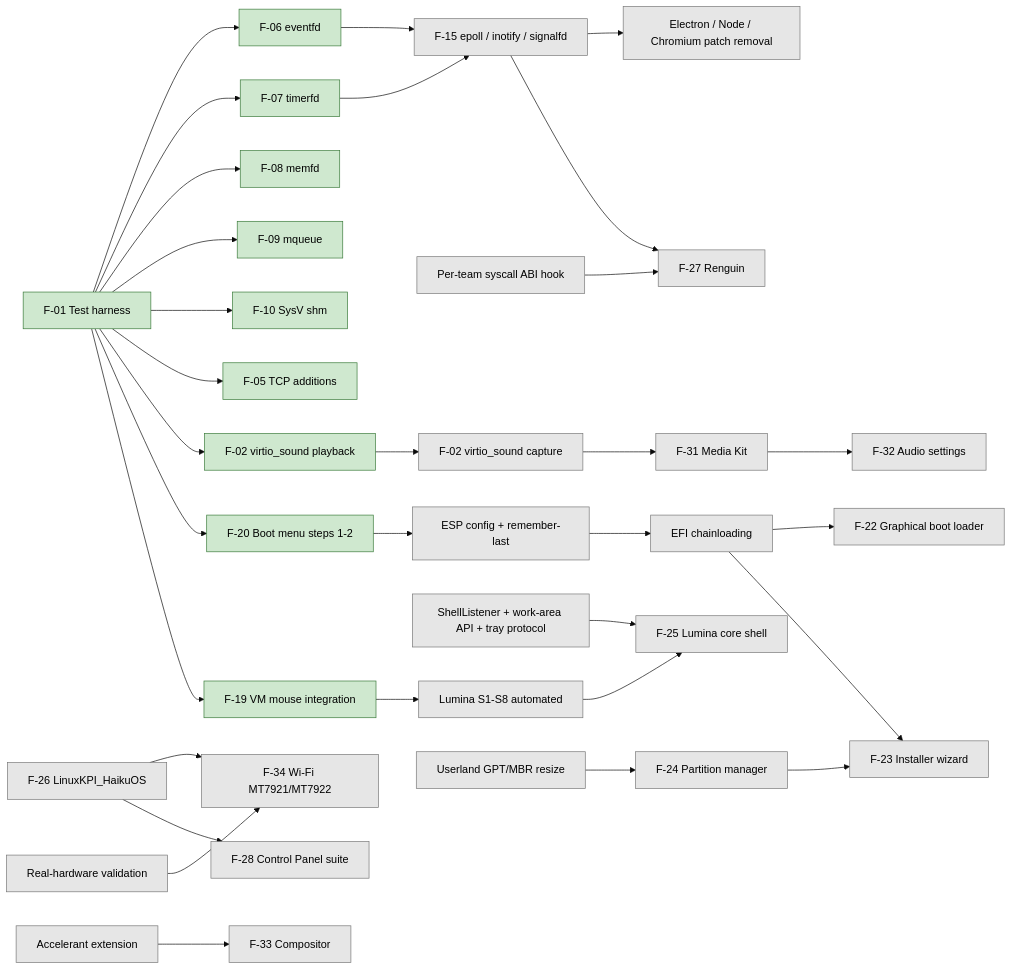
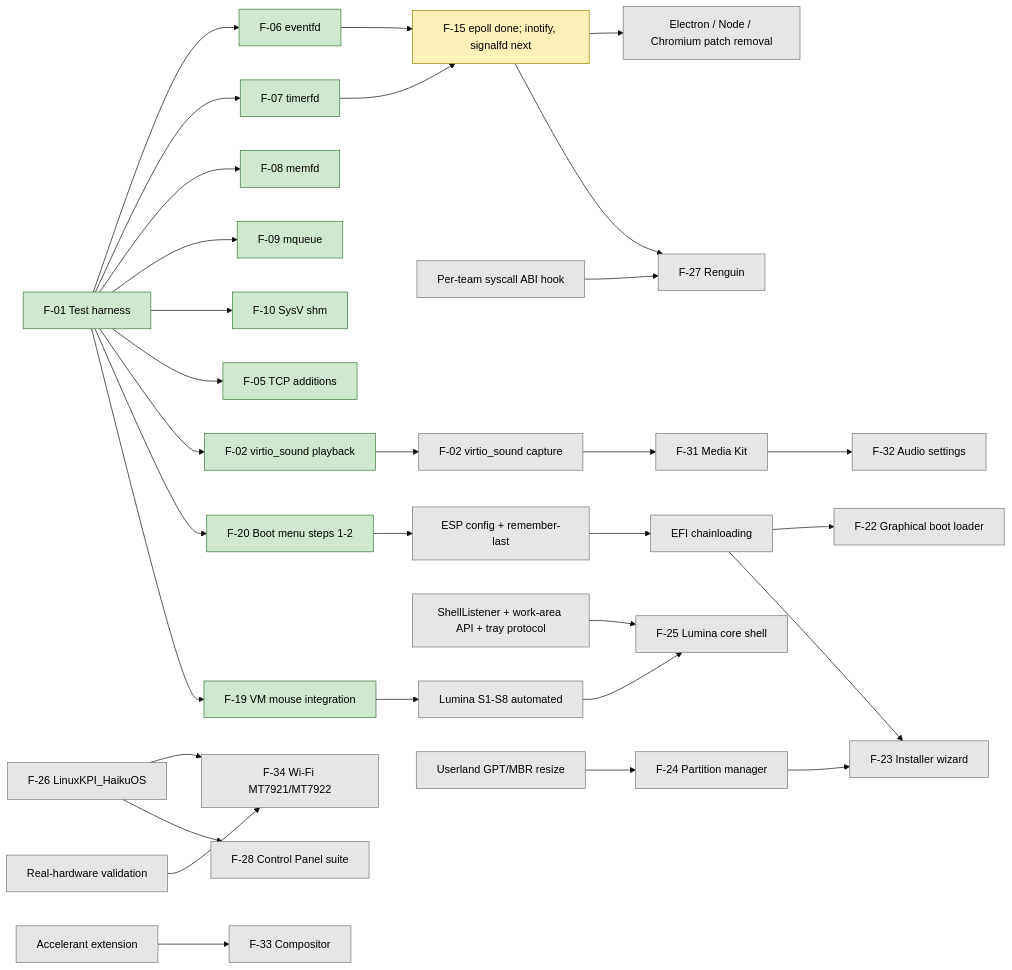
One commit to Techniix/haiku changed the diagram in RENGA_MASTER_ROADMAP.md. Above: the diagram before and after it, drawn with Mermaid (base theme). The commit also changed other lines of this file, not shown here.

First line of the commit message:
RENGA_MASTER_ROADMAP.md: epoll is QEMU Tested

````diff
--- a/RENGA_MASTER_ROADMAP.md
+++ b/RENGA_MASTER_ROADMAP.md
@@ -1344,56 +1345,56 @@
 ```mermaid
 graph LR
   classDef done fill:#cfe8cf,stroke:#3a7a3a,color:#000;
   classDef dev fill:#fff1b8,stroke:#a08000,color:#000;
   classDef todo fill:#e6e6e6,stroke:#777,color:#000;
 
   H[F-01 Test harness]:::done
   EFD[F-06 eventfd]:::done
   TFD[F-07 timerfd]:::done
   MFD[F-08 memfd]:::done
   MQ[F-09 mqueue]:::done
   SHM[F-10 SysV shm]:::done
   TCP[F-05 TCP additions]:::done
   VSND[F-02 virtio_sound playback]:::done
   MOUSE[F-19 VM mouse integration]:::done
-  EPOLL[F-15 epoll / inotify / signalfd]:::todo
+  EPOLL[F-15 epoll done; inotify, signalfd next]:::dev
   ABI[Per-team syscall ABI hook]:::todo
   REN[F-27 Renguin]:::todo
   ELEC[Electron / Node / Chromium patch removal]:::todo
   CAP[F-02 virtio_sound capture]:::todo
   MEDIA[F-31 Media Kit]:::todo
   AUD[F-32 Audio settings]:::todo
   S18[Lumina S1-S8 automated]:::todo
   LUM[F-25 Lumina core shell]:::todo
   SHELL[ShellListener + work-area API + tray protocol]:::todo
   BOOT[F-20 Boot menu steps 1-2]:::done
   ESP[ESP config + remember-last]:::todo
   CHAIN[EFI chainloading]:::todo
   GBOOT[F-22 Graphical boot loader]:::todo
   RESIZE[Userland GPT/MBR resize]:::todo
   PART[F-24 Partition manager]:::todo
   INST[F-23 Installer wizard]:::todo
   KPI[F-26 LinuxKPI_HaikuOS]:::todo
   WIFI[F-34 Wi-Fi MT7921/MT7922]:::todo
   CP[F-28 Control Panel suite]:::todo
   ACC[Accelerant extension]:::todo
   COMP[F-33 Compositor]:::todo
   HW[Real-hardware validation]:::todo
 
   H --> EFD & TFD & MFD & MQ & SHM & TCP & VSND & BOOT & MOUSE
   EFD --> EPOLL
   TFD --> EPOLL
   EPOLL --> ELEC
   EPOLL --> REN
   ABI --> REN
   VSND --> CAP --> MEDIA --> AUD
   MOUSE --> S18 --> LUM
   SHELL --> LUM
   BOOT --> ESP --> CHAIN --> GBOOT
   CHAIN --> INST
   RESIZE --> PART --> INST
   KPI --> WIFI
   KPI --> CP
   ACC --> COMP
   HW --> WIFI
 ```
````
